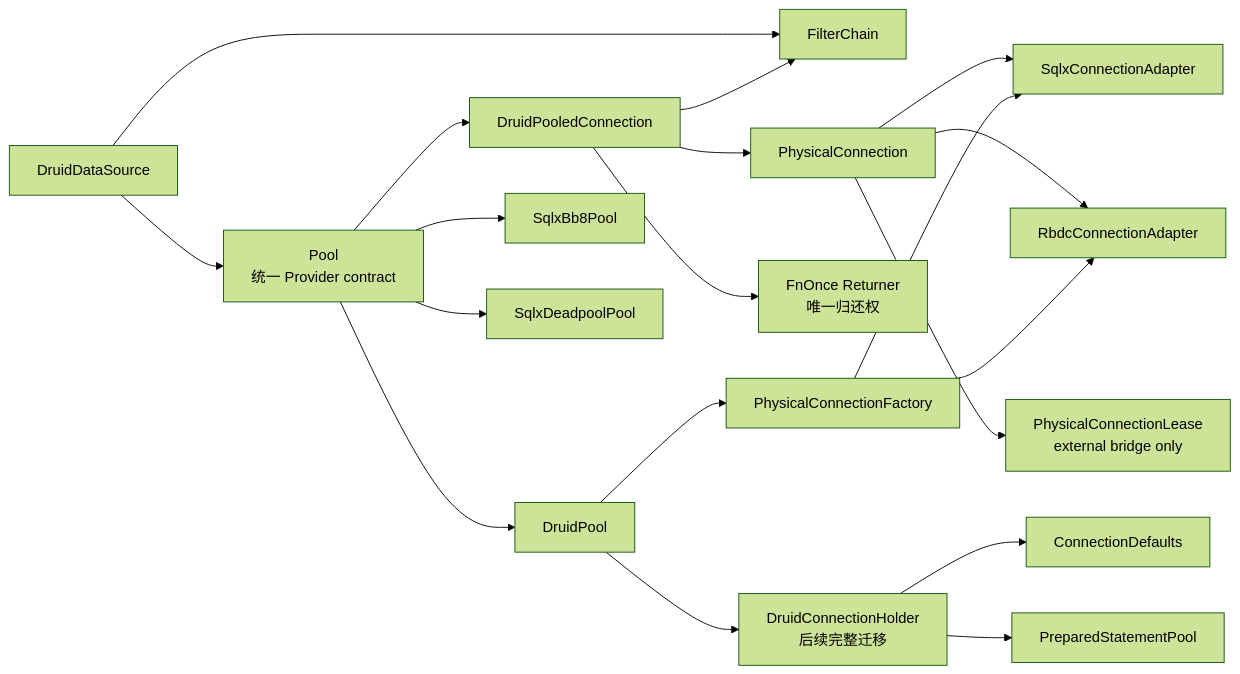
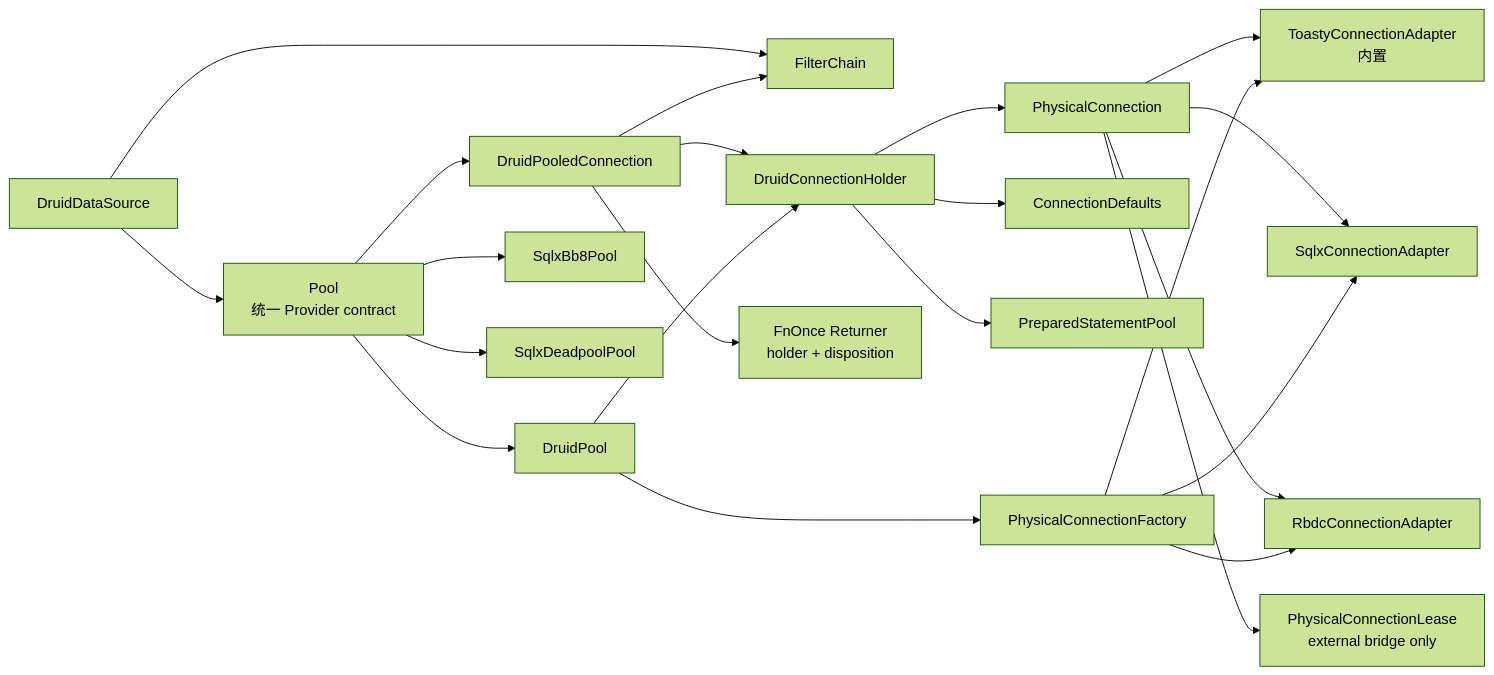
Before and after one commit to easy-4-rust/druid-rust: the second of 8 diagrams in doc/migration/5、连接抽象与驱动适配架构.md, drawn with Mermaid (forest theme). The commit also changed other lines of this file and 90 other files, not shown here.

First line of the commit message:
docs(migration): 更新迁移路线图文档

````diff
--- a/doc/migration/5、连接抽象与驱动适配架构.md
+++ b/doc/migration/5、连接抽象与驱动适配架构.md
@@ -144,21 +173,24 @@
 ```mermaid
 flowchart LR
     DS["DruidDataSource"] --> CP["Pool<br/>统一 Provider contract"]
     DS --> FC["FilterChain"]
     CP --> PC["DruidPooledConnection"]
     PC --> FC
-    PC --> PHY["PhysicalConnection"]
-    PC --> LR["FnOnce Returner<br/>唯一归还权"]
+    PC --> CH["DruidConnectionHolder"]
+    PC --> LR["FnOnce Returner<br/>holder + disposition"]
+    CH --> PHY["PhysicalConnection"]
+    CH --> DEF["ConnectionDefaults"]
+    PHY --> TOASTY["ToastyConnectionAdapter<br/>内置"]
     PHY --> SQLX["SqlxConnectionAdapter"]
     PHY --> RBDC["RbdcConnectionAdapter"]
     PHY --> EXT["PhysicalConnectionLease<br/>external bridge only"]
     CP --> NATIVE["DruidPool"]
     CP --> BB8["SqlxBb8Pool"]
     CP --> DEADPOOL["SqlxDeadpoolPool"]
-    NATIVE --> CH["DruidConnectionHolder<br/>后续完整迁移"]
-    CH --> DEF["ConnectionDefaults"]
+    NATIVE --> CH
     CH --> PSC["PreparedStatementPool"]
     NATIVE --> F["PhysicalConnectionFactory"]
+    F --> TOASTY
     F --> SQLX
     F --> RBDC
 ```
````
